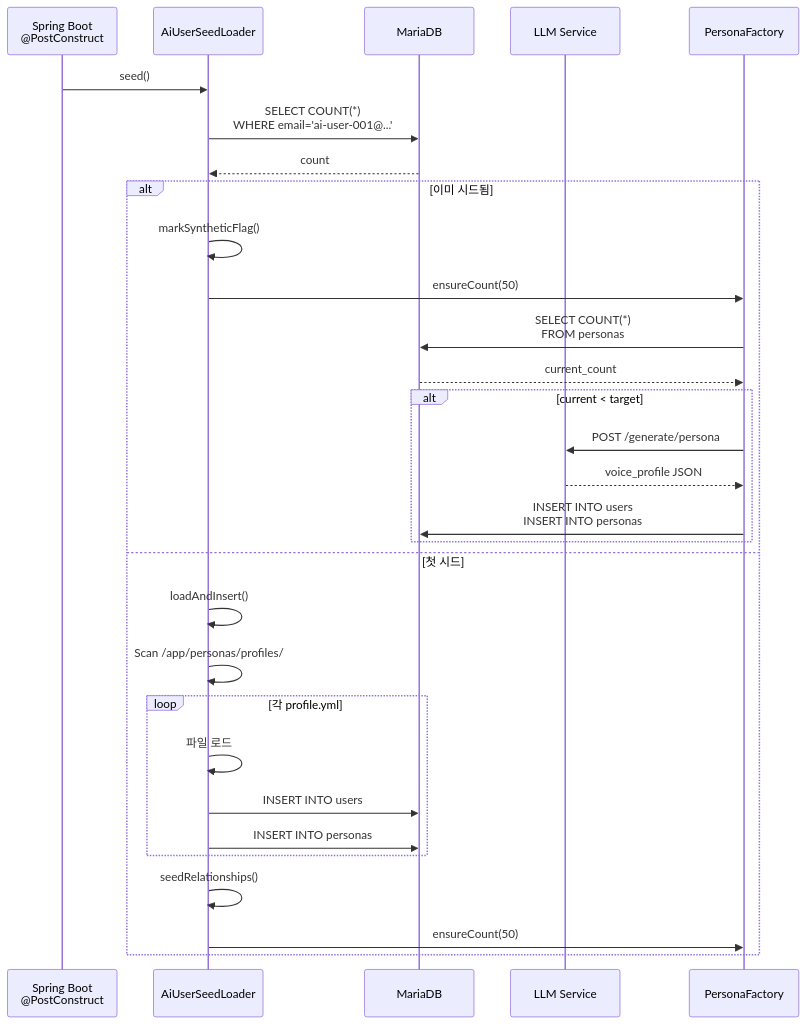
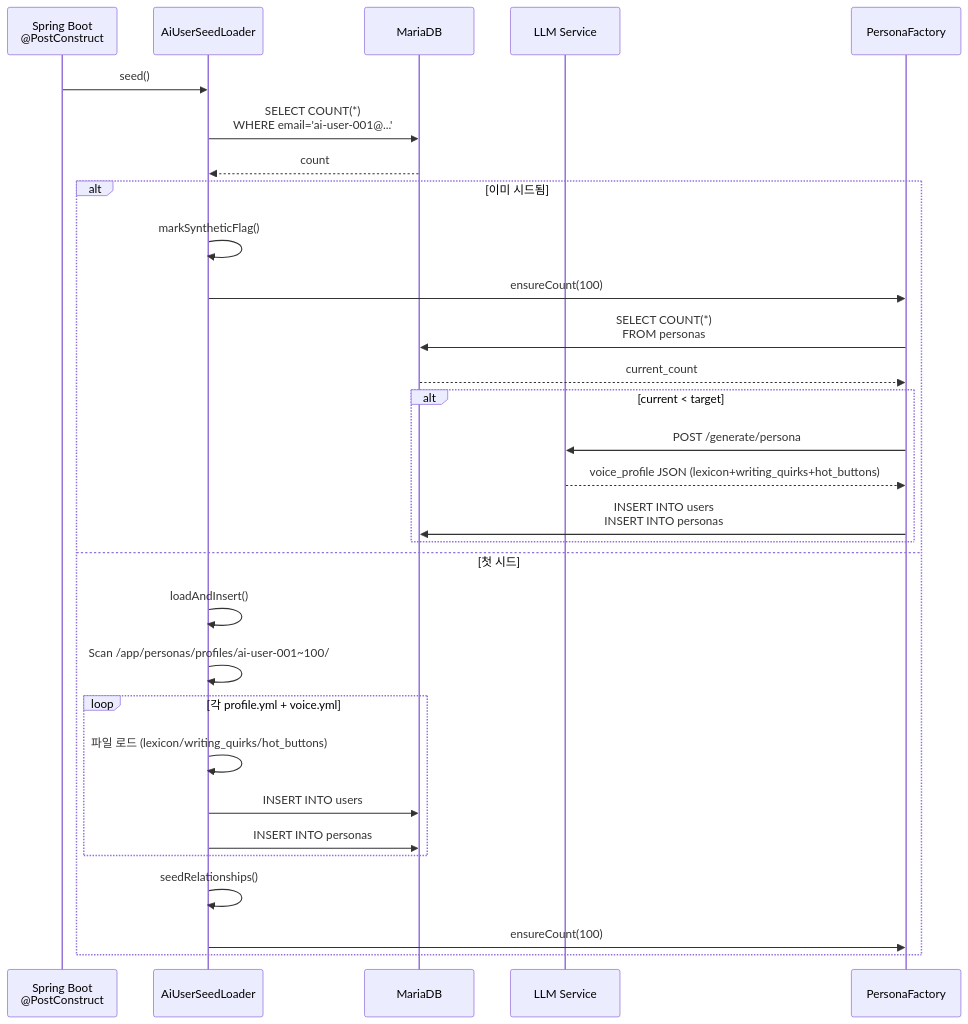
The fourth of 5 diagrams in ai-user/docs/orchestrator.md (Justant-source/Again-Spring), drawn with Mermaid before and after one commit. The commit also changed other lines of this file and 12 other files, not shown here.

````diff
--- a/ai-user/docs/orchestrator.md
+++ b/ai-user/docs/orchestrator.md
@@ -420,34 +420,34 @@
 ```mermaid
 sequenceDiagram
     participant Spring as Spring Boot<br/>@PostConstruct
     participant Seed as AiUserSeedLoader
     participant DB as MariaDB
     participant LLM as LLM Service
     participant Factory as PersonaFactory
     
     Spring->>Seed: seed()
     Seed->>DB: SELECT COUNT(*)<br/>WHERE email='ai-user-001@...'
     DB-->>Seed: count
     
     alt 이미 시드됨
         Seed->>Seed: markSyntheticFlag()
-        Seed->>Factory: ensureCount(50)
+        Seed->>Factory: ensureCount(100)
         Factory->>DB: SELECT COUNT(*)<br/>FROM personas
         DB-->>Factory: current_count
         alt current < target
             Factory->>LLM: POST /generate/persona
-            LLM-->>Factory: voice_profile JSON
+            LLM-->>Factory: voice_profile JSON (lexicon+writing_quirks+hot_buttons)
             Factory->>DB: INSERT INTO users<br/>INSERT INTO personas
         end
     else 첫 시드
         Seed->>Seed: loadAndInsert()
-        Seed->>Seed: Scan /app/personas/profiles/
-        loop 각 profile.yml
-            Seed->>Seed: 파일 로드
+        Seed->>Seed: Scan /app/personas/profiles/ai-user-001~100/
+        loop 각 profile.yml + voice.yml
+            Seed->>Seed: 파일 로드 (lexicon/writing_quirks/hot_buttons)
             Seed->>DB: INSERT INTO users
             Seed->>DB: INSERT INTO personas
         end
         Seed->>Seed: seedRelationships()
-        Seed->>Factory: ensureCount(50)
+        Seed->>Factory: ensureCount(100)
     end
 ```
````
